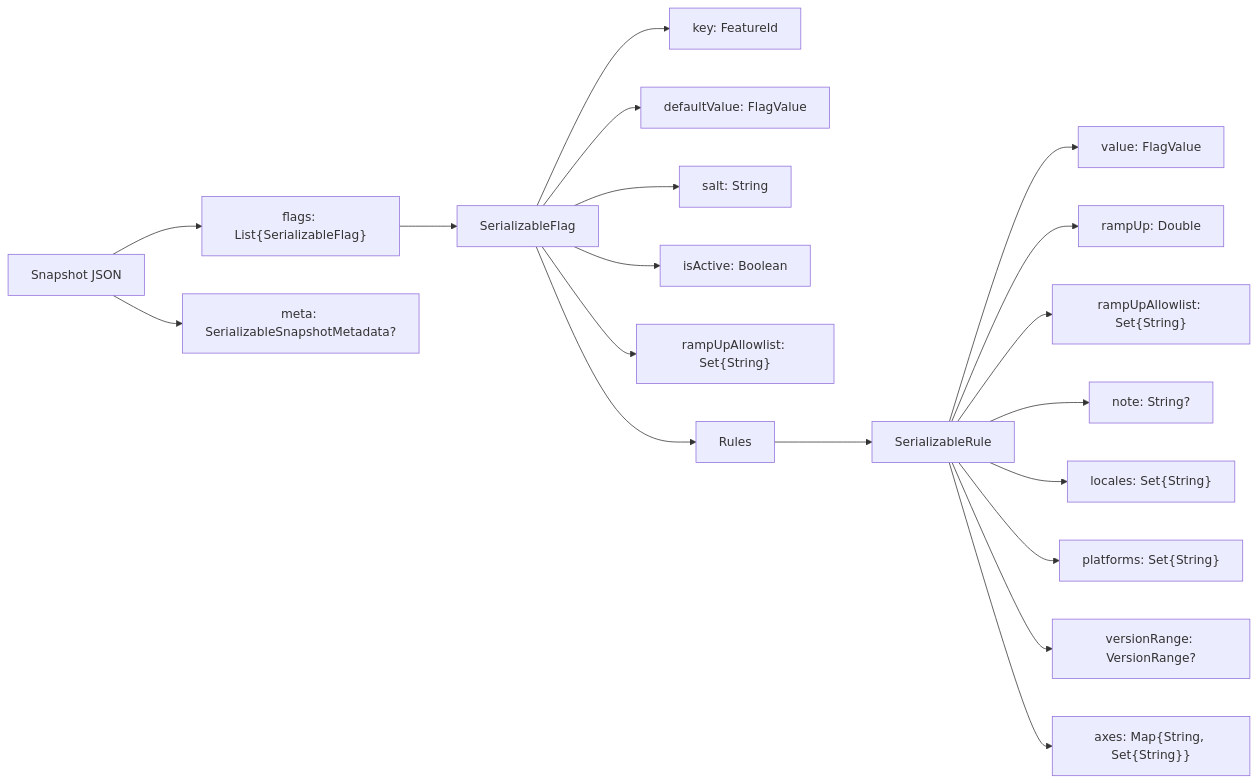
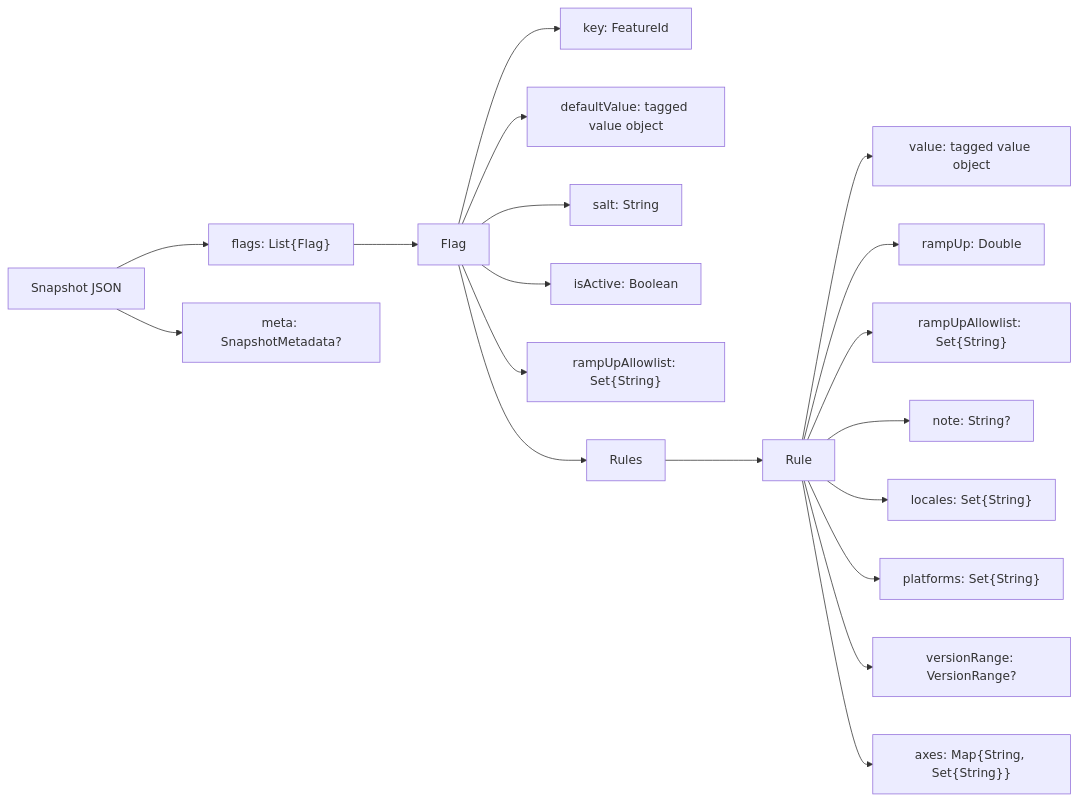
The diagram in docusaurus/docs/persistence-format.md (amichne/konditional), drawn with Mermaid before and after one commit. The commit also changed other lines of this file and 34 other files, not shown here.

````diff
--- a/docusaurus/docs/persistence-format.md
+++ b/docusaurus/docs/persistence-format.md
@@ -17,22 +17,22 @@
 ```mermaid
 flowchart LR
-    Snap[Snapshot JSON] --> Flags["flags: List{SerializableFlag}"]
-    Snap --> Meta["meta: SerializableSnapshotMetadata?"]
-    Flags --> Flag["SerializableFlag"]
+    Snap[Snapshot JSON] --> Flags["flags: List{Flag}"]
+    Snap --> Meta["meta: SnapshotMetadata?"]
+    Flags --> Flag["Flag"]
     Flag --> Key["key: FeatureId"]
-    Flag --> Default["defaultValue: FlagValue"]
+    Flag --> Default["defaultValue: tagged value object"]
     Flag --> Salt["salt: String"]
     Flag --> Active["isActive: Boolean"]
     Flag --> FAllow["rampUpAllowlist: Set{String}"]
     Flag --> Rules
-    Rules --> Rule["SerializableRule"]
-    Rule --> RVal["value: FlagValue"]
+    Rules --> Rule["Rule"]
+    Rule --> RVal["value: tagged value object"]
     Rule --> Ramp["rampUp: Double"]
     Rule --> RAllow["rampUpAllowlist: Set{String}"]
     Rule --> Note["note: String?"]
     Rule --> Loc["locales: Set{String}"]
     Rule --> Plat["platforms: Set{String}"]
     Rule --> Vr["versionRange: VersionRange?"]
     Rule --> Axes["axes: Map{String, Set{String}}"]
 
 ```
````
